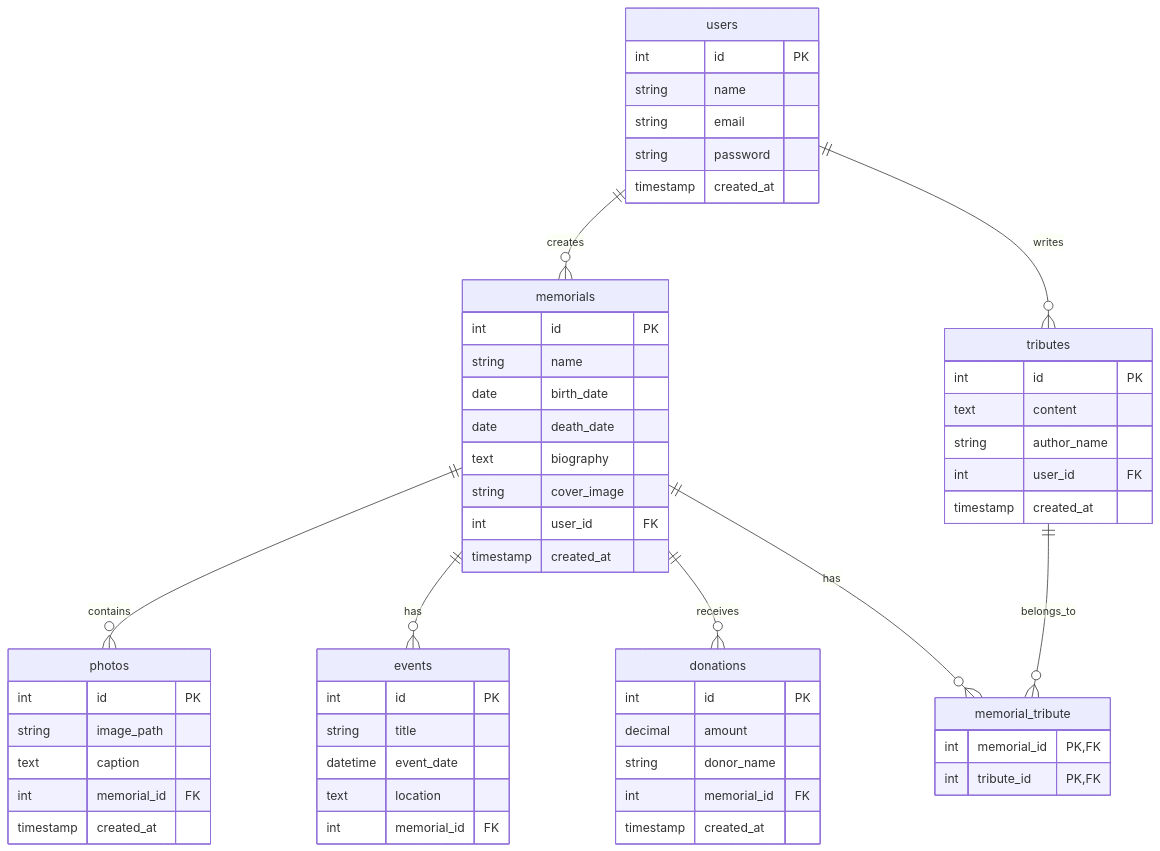
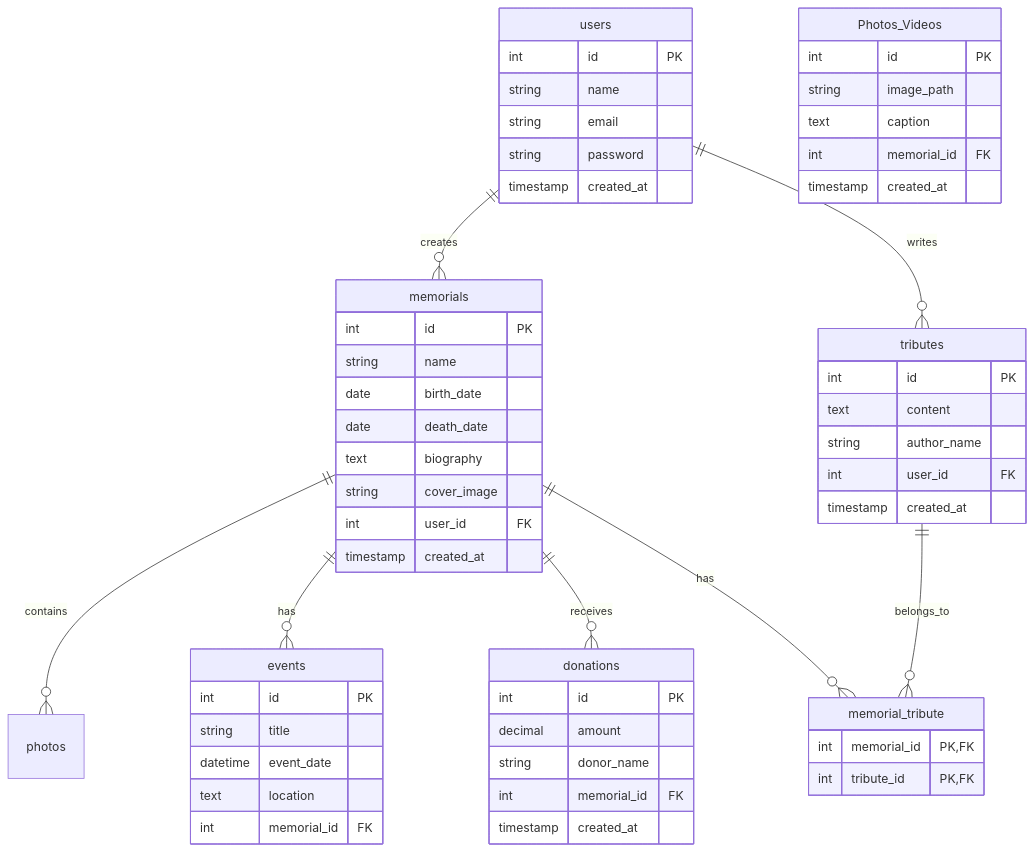
The diagram in README.md (Hasan-Atwi/capstoneweb), drawn with Mermaid before and after one commit. The commit also changed other lines of this file, not shown here.

Commit message:
Updates photos_videos table

````diff
--- a/README.md
+++ b/README.md
@@ -7,68 +7,68 @@
 ```mermaid
 
 erDiagram
     users ||--o{ memorials : creates
     users ||--o{ tributes : writes
     memorials ||--o{ photos : contains
     memorials ||--o{ events : has
     memorials ||--o{ donations : receives
     memorials ||--o{ memorial_tribute : has
     tributes ||--o{ memorial_tribute : belongs_to
 
     users {
         int id PK
         string name
         string email
         string password
         timestamp created_at
     }
 
     memorials {
         int id PK
         string name
         date birth_date
         date death_date
         text biography
         string cover_image
         int user_id FK
         timestamp created_at
     }
 
     tributes {
         int id PK
         text content
         string author_name
         int user_id FK
         timestamp created_at
     }
 
     memorial_tribute {
         int memorial_id PK,FK
         int tribute_id PK,FK
     }
 
-    photos {
+    Photos_Videos {
         int id PK
         string image_path
         text caption
         int memorial_id FK
         timestamp created_at
     }
 
     events {
         int id PK
         string title
         datetime event_date
         text location
         int memorial_id FK
     }
 
     donations {
         int id PK
         decimal amount
         string donor_name
         int memorial_id FK
         timestamp created_at
     }
 
 ```
````
